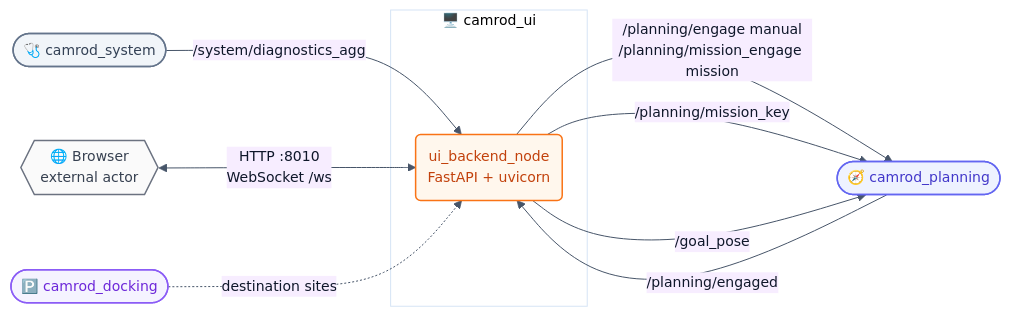
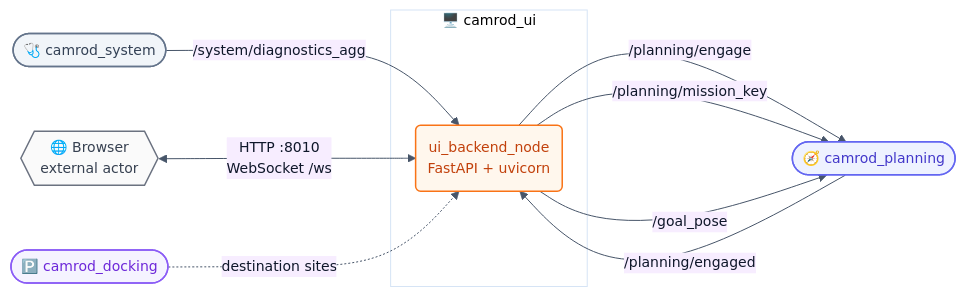
One commit to hwanhonglee/CAMROD changed the first of 5 diagrams in camrod_ui/README.md. Above: the diagram before and after it, drawn with Mermaid. The commit also changed other lines of this file and 40 other files, not shown here.

````diff
--- a/camrod_ui/README.md
+++ b/camrod_ui/README.md
@@ -55,25 +52,25 @@
 ```mermaid
 %%{init: {'theme': 'base', 'themeVariables': {'fontFamily': 'ui-sans-serif, system-ui, sans-serif', 'fontSize': '14px', 'primaryColor': '#FFF7ED', 'primaryTextColor': '#0F172A', 'primaryBorderColor': '#F97316', 'lineColor': '#475569'}, 'flowchart': {'curve': 'basis', 'htmlLabels': true, 'padding': 12}}}%%
 graph LR
   BROWSER{{🌐 Browser\nexternal actor}}:::hardware
 
   SYS([🩺 camrod_system]):::system    -->|/system/diagnostics_agg| UI
   PLAN([🧭 camrod_planning]):::planning -->|/planning/engaged| UI
 
   subgraph UI_BOX["🖥️ camrod_ui"]
     UI(ui_backend_node\nFastAPI + uvicorn):::ui
   end
 
   BROWSER <-->|HTTP :8010\nWebSocket /ws| UI
 
-  UI -->|/planning/engage manual\n/planning/mission_engage mission| PLAN
+  UI -->|/planning/engage| PLAN
   UI -->|/planning/mission_key| PLAN
   UI -->|/goal_pose| PLAN
   PARK([🅿️ camrod_docking]):::docking -.->|destination sites| UI
 
   classDef ui           fill:#FFF7ED,stroke:#F97316,stroke-width:1.5px,color:#C2410C;
   classDef system       fill:#F1F5F9,stroke:#64748B,stroke-width:1.5px,color:#334155;
   classDef planning     fill:#EEF2FF,stroke:#6366F1,stroke-width:1.5px,color:#4338CA;
   classDef docking      fill:#F5F3FF,stroke:#8B5CF6,stroke-width:1.5px,color:#6D28D9;
   classDef hardware     fill:#FAFAFA,stroke:#6B7280,stroke-width:1.5px,color:#374151;
 ```
````
